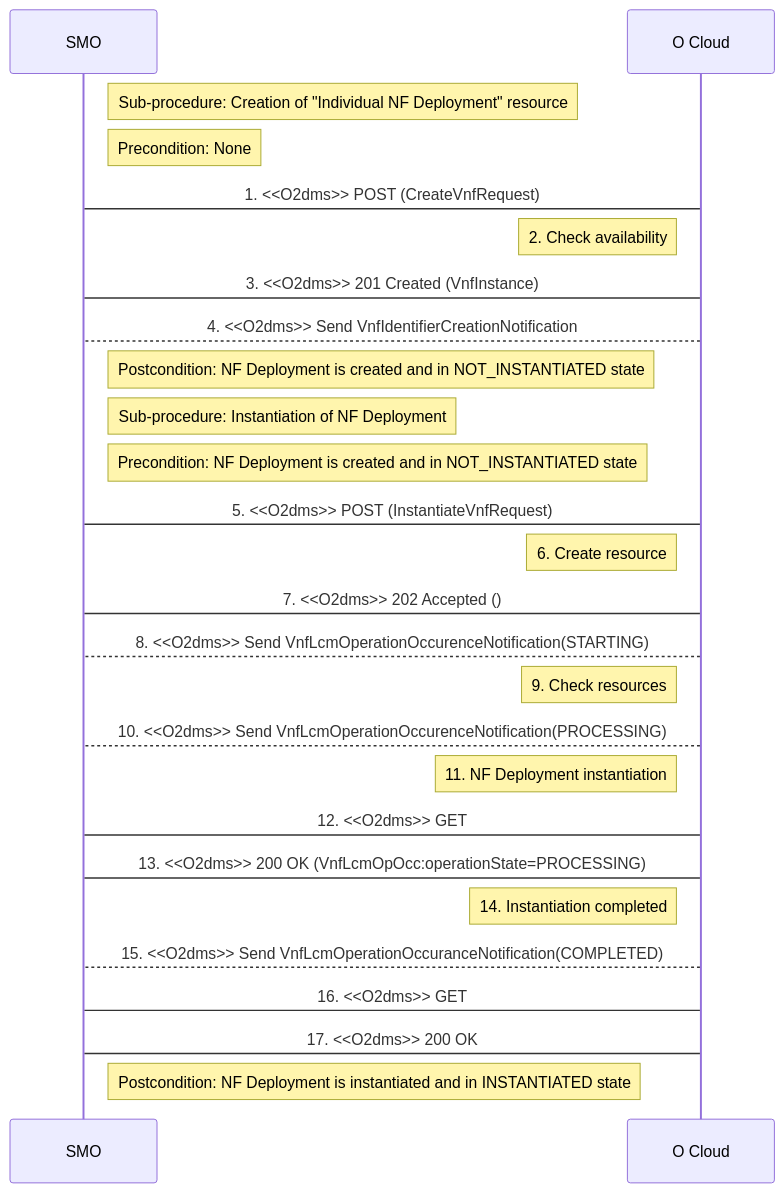
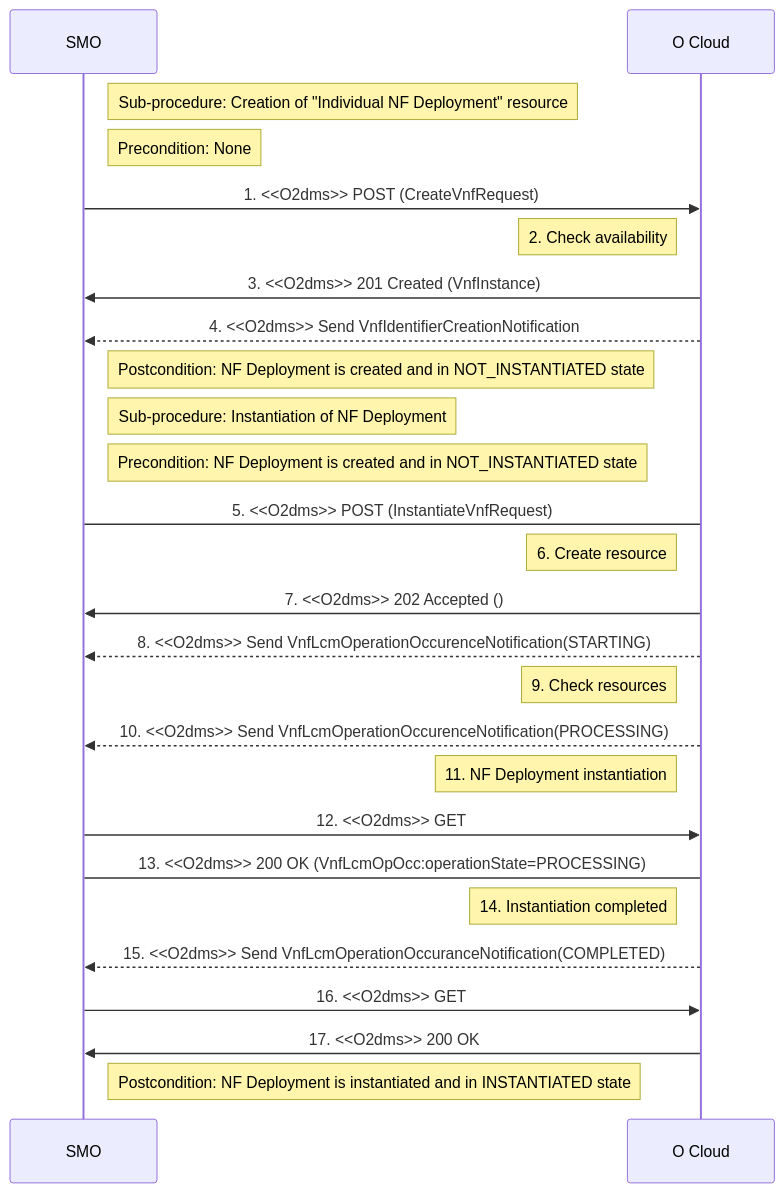
Before and after one commit to NTUST-BMW-Lab/documentation-book: the first of 8 diagrams in O-RAN/O2 Interface/3_O2dms_Services.md, drawn with Mermaid. The commit also changed other lines of this file, not shown here.

````diff
--- a/O-RAN/O2 Interface/3_O2dms_Services.md
+++ b/O-RAN/O2 Interface/3_O2dms_Services.md
@@ -48,26 +48,26 @@
 ```mermaid
 sequenceDiagram
 Note right of SMO: Sub-procedure: Creation of "Individual NF Deployment" resource
 Note right of SMO: Precondition: None
-SMO->O Cloud: 1. <<O2dms>> POST (CreateVnfRequest)
+SMO->>O Cloud: 1. <<O2dms>> POST (CreateVnfRequest)
 Note left of O Cloud: 2. Check availability
-O Cloud->SMO: 3. <<O2dms>> 201 Created (VnfInstance)
-O Cloud-->SMO: 4. <<O2dms>> Send VnfIdentifierCreationNotification
+O Cloud->>SMO: 3. <<O2dms>> 201 Created (VnfInstance)
+O Cloud-->>SMO: 4. <<O2dms>> Send VnfIdentifierCreationNotification
 Note right of SMO: Postcondition: NF Deployment is created and in NOT_INSTANTIATED state
 Note right of SMO: Sub-procedure: Instantiation of NF Deployment
 Note right of SMO: Precondition: NF Deployment is created and in NOT_INSTANTIATED state
 SMO->O Cloud: 5. <<O2dms>> POST (InstantiateVnfRequest)
 Note left of O Cloud: 6. Create resource
-O Cloud->SMO: 7. <<O2dms>> 202 Accepted ()
-O Cloud-->SMO: 8. <<O2dms>> Send VnfLcmOperationOccurenceNotification(STARTING)
+O Cloud->>SMO: 7. <<O2dms>> 202 Accepted ()
+O Cloud-->>SMO: 8. <<O2dms>> Send VnfLcmOperationOccurenceNotification(STARTING)
 Note left of O Cloud: 9. Check resources
-O Cloud-->SMO: 10. <<O2dms>> Send VnfLcmOperationOccurenceNotification(PROCESSING)
+O Cloud-->>SMO: 10. <<O2dms>> Send VnfLcmOperationOccurenceNotification(PROCESSING)
 Note left of O Cloud: 11. NF Deployment instantiation
-SMO->O Cloud: 12. <<O2dms>> GET
+SMO->>O Cloud: 12. <<O2dms>> GET
 O Cloud->SMO: 13. <<O2dms>> 200 OK (VnfLcmOpOcc:operationState=PROCESSING)
 Note left of O Cloud: 14. Instantiation completed
-O Cloud-->SMO: 15. <<O2dms>> Send VnfLcmOperationOccuranceNotification(COMPLETED)
-SMO->O Cloud: 16. <<O2dms>> GET
-O Cloud->SMO: 17. <<O2dms>> 200 OK
+O Cloud-->>SMO: 15. <<O2dms>> Send VnfLcmOperationOccuranceNotification(COMPLETED)
+SMO->>O Cloud: 16. <<O2dms>> GET
+O Cloud->>SMO: 17. <<O2dms>> 200 OK
 Note right of SMO: Postcondition: NF Deployment is instantiated and in INSTANTIATED state
 ```
````
